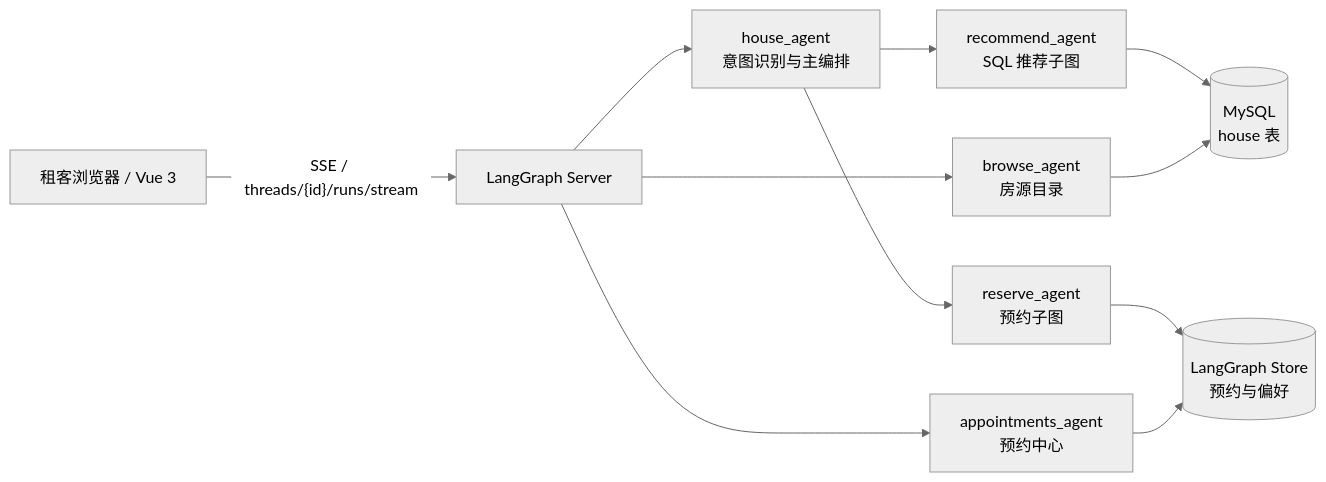
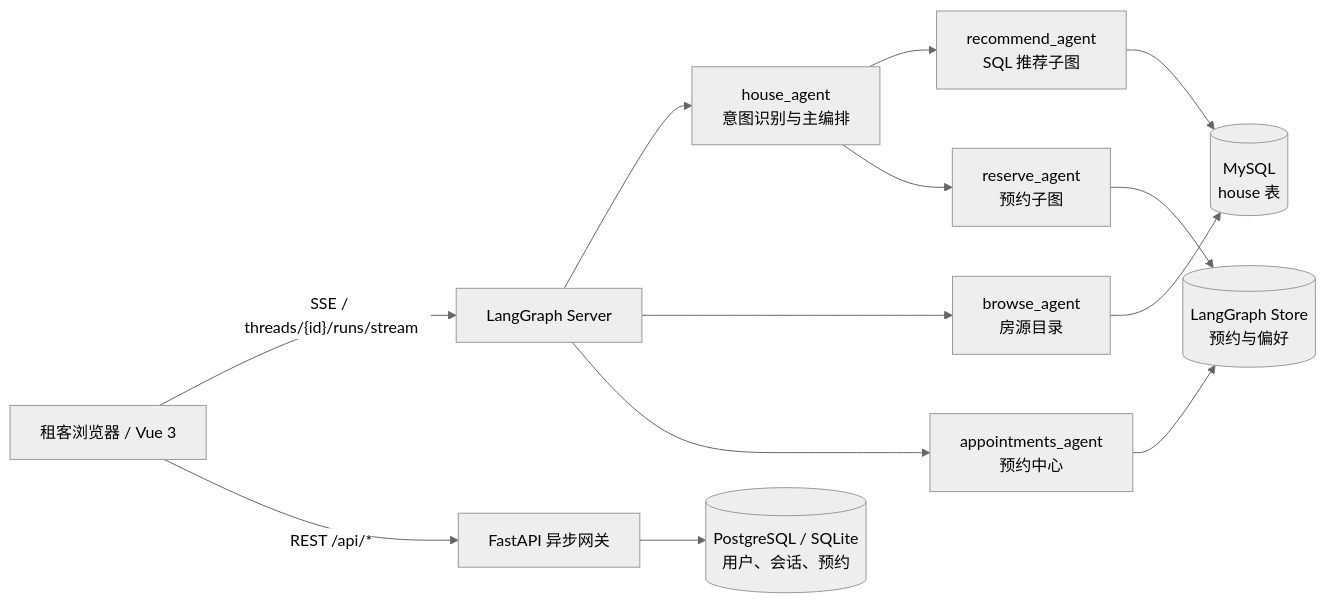
One commit to yanxiao07/house_agent changed the diagram in README.md. Above: the diagram before and after it, drawn with Mermaid (neutral theme). The commit also changed other lines of this file and 18 other files, not shown here.

````diff
--- a/README.md
+++ b/README.md
@@ -51,13 +53,15 @@
 ```mermaid
 flowchart LR
     U["租客浏览器 / Vue 3"] -->|"SSE / threads/{id}/runs/stream"| LG["LangGraph Server"]
+    U -->|"REST /api/*"| API["FastAPI 异步网关"]
     LG --> H["house_agent\n意图识别与主编排"]
     H --> R["recommend_agent\nSQL 推荐子图"]
     H --> V["reserve_agent\n预约子图"]
     LG --> B["browse_agent\n房源目录"]
     LG --> A["appointments_agent\n预约中心"]
     R --> DB[("MySQL\nhouse 表")]
     B --> DB
     V --> S[("LangGraph Store\n预约与偏好")]
     A --> S
+    API --> P[("PostgreSQL / SQLite\n用户、会话、预约")]
 ```
````
